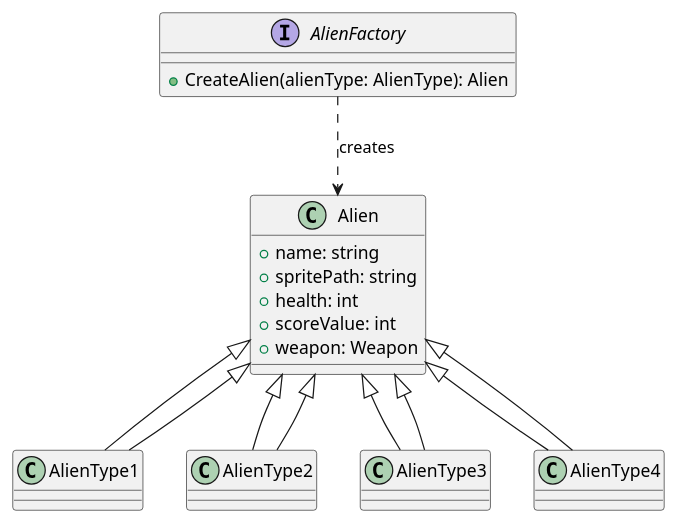
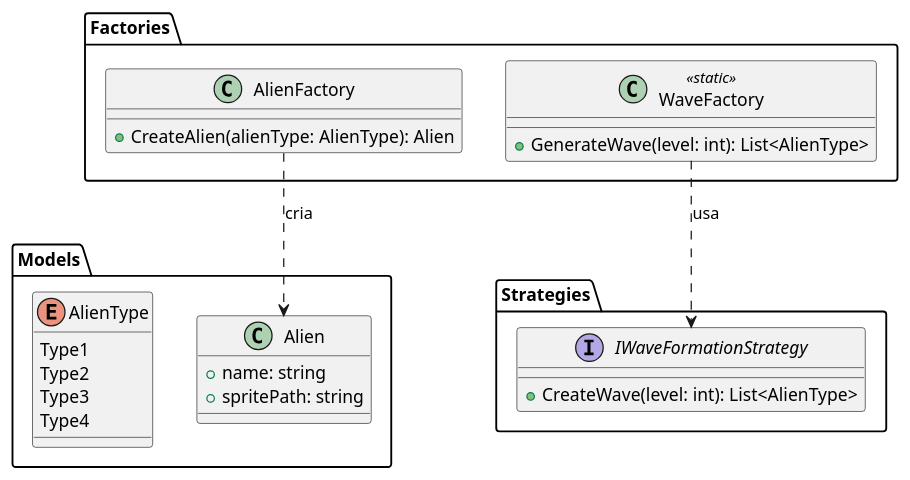
The second of 5 diagrams in Writerside/topics/Design-Patterns.md (Opaleiros-Foundation/space-invaders-punk), drawn with PlantUML before and after one commit. The commit also changed other lines of this file and 2 other files, not shown here.

First line of the commit message:
docs: Update documentation for patterns, UML, and data model

````diff
--- a/Writerside/topics/Design-Patterns.md
+++ b/Writerside/topics/Design-Patterns.md
@@ -46,28 +50,37 @@
 ```plantuml
 @startuml
 skinparam classAttributeIconStyle hidden
 
-interface AlienFactory {
-  + CreateAlien(alienType: AlienType): Alien
+package "Factories" {
+    class AlienFactory {
+        + CreateAlien(alienType: AlienType): Alien
+    }
+
+    class WaveFactory <<static>> {
+        + GenerateWave(level: int): List<AlienType>
+    }
 }
 
-class Alien {
-  + name: string
-  + spritePath: string
-  + health: int
-  + scoreValue: int
-  + weapon: Weapon
+package "Models" {
+    class Alien {
+      + name: string
+      + spritePath: string
+    }
+    enum AlienType {
+        Type1
+        Type2
+        Type3
+        Type4
+    }
 }
 
-class AlienType1 extends Alien
-class AlienType2 extends Alien
-class AlienType3 extends Alien
-class AlienType4 extends Alien
+package "Strategies" {
+    interface IWaveFormationStrategy {
+        + CreateWave(level: int): List<AlienType>
+    }
+}
 
-AlienFactory ..> Alien : creates
-Alien <|-- AlienType1
-Alien <|-- AlienType2
-Alien <|-- AlienType3
-Alien <|-- AlienType4
+AlienFactory ..> Alien : cria
+WaveFactory ..> IWaveFormationStrategy : usa
 @enduml
 ```
````
